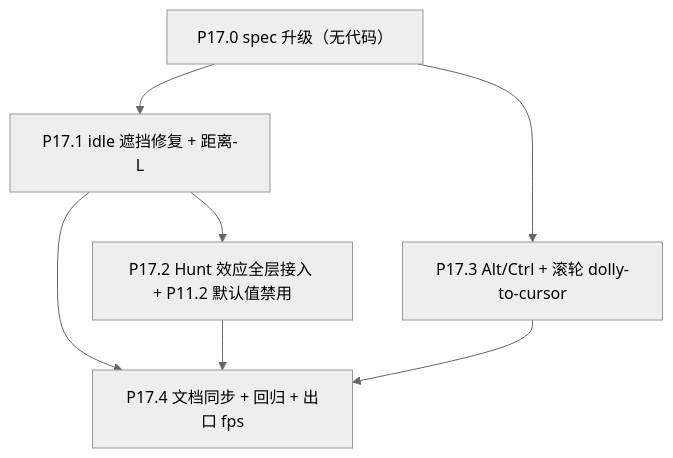
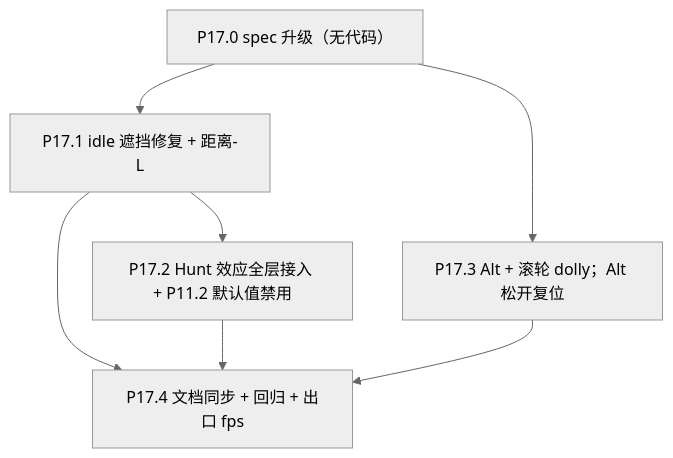
One commit to XYBuilds/chronicle_v3_3d_galaxy changed the diagram in .cursor/plans/phase_17_visual_system_upgrade_e8b64dbb.plan.md. Above: the diagram before and after it, drawn with Mermaid (neutral theme). The commit also changed other lines of this file, not shown here.

Commit message:
feat(p17): enhance dolly-to-cursor functionality with Alt key support and update zCamDistance behavior

````diff
--- a/.cursor/plans/phase_17_visual_system_upgrade_e8b64dbb.plan.md
+++ b/.cursor/plans/phase_17_visual_system_upgrade_e8b64dbb.plan.md
@@ -66,15 +66,15 @@
 ```mermaid
 flowchart TD
     P170["P17.0 spec 升级（无代码）"]
     P171["P17.1 idle 遮挡修复 + 距离-L"]
     P172["P17.2 Hunt 效应全层接入 + P11.2 默认值禁用"]
-    P173["P17.3 Alt/Ctrl + 滚轮 dolly-to-cursor"]
+    P173["P17.3 Alt + 滚轮 dolly；Alt 松开复位"]
     P174["P17.4 文档同步 + 回归 + 出口 fps"]
 
     P170 --> P171
     P171 --> P172
     P170 --> P173
     P171 --> P174
     P172 --> P174
     P173 --> P174
 ```
````
